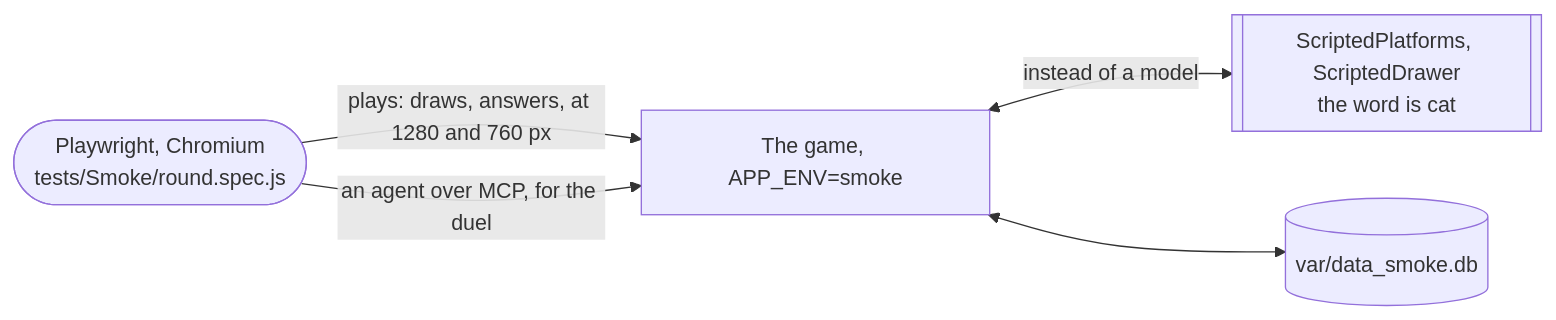
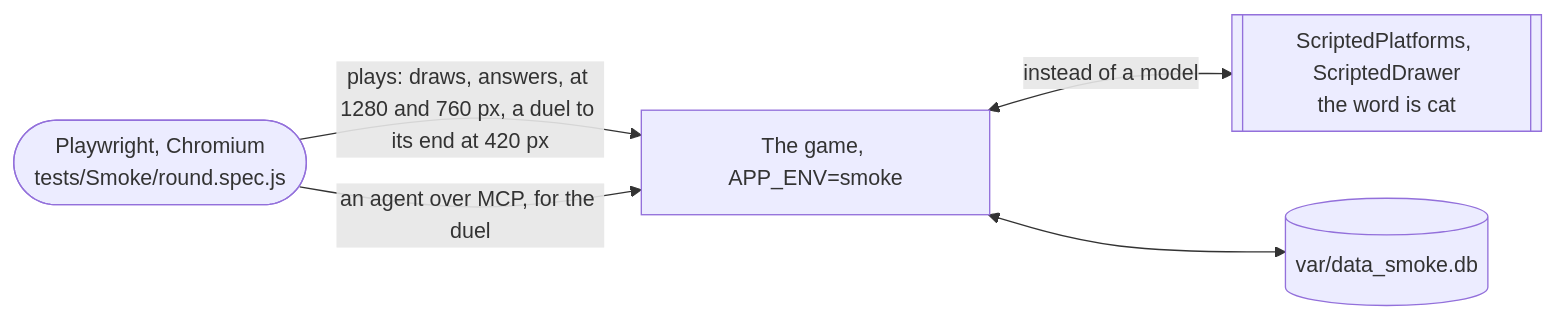
One commit to sowebdev/symfony-ai-hackathon-2026-draw-it-if-you-can changed the fourth of 4 diagrams in docs/architecture.md. Above: the diagram before and after it, drawn with Mermaid. The commit also changed 5 other files, not shown here.

````diff
--- a/docs/architecture.md
+++ b/docs/architecture.md
@@ -86,12 +86,12 @@
 ```mermaid
 flowchart LR
     pw([Playwright, Chromium<br/>tests/Smoke/round.spec.js])
     app[The game, APP_ENV=smoke]
     script[[ScriptedPlatforms, ScriptedDrawer<br/>the word is cat]]
     db[(var/data_smoke.db)]
 
-    pw -- "plays: draws, answers, at 1280 and 760 px" --> app
+    pw -- "plays: draws, answers, at 1280 and 760 px, a duel to its end at 420 px" --> app
     pw -- "an agent over MCP, for the duel" --> app
     app <-- "instead of a model" --> script
     app <--> db
 ```
````
